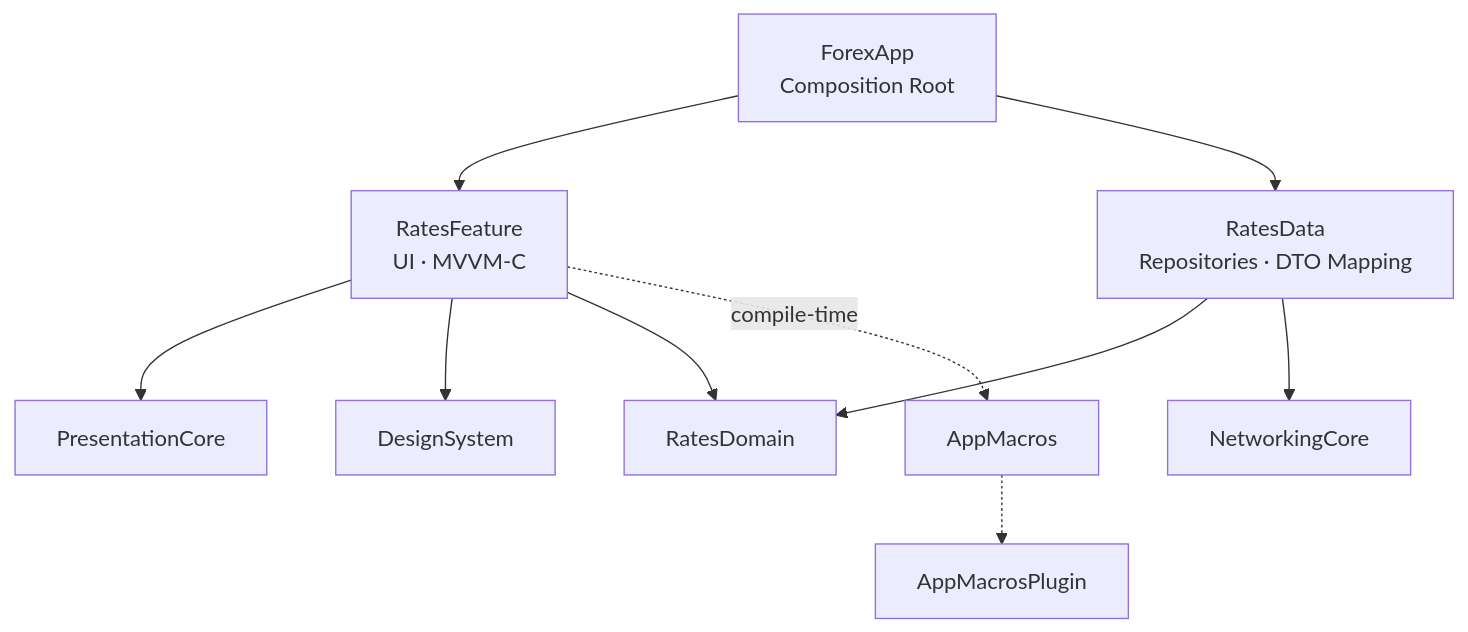
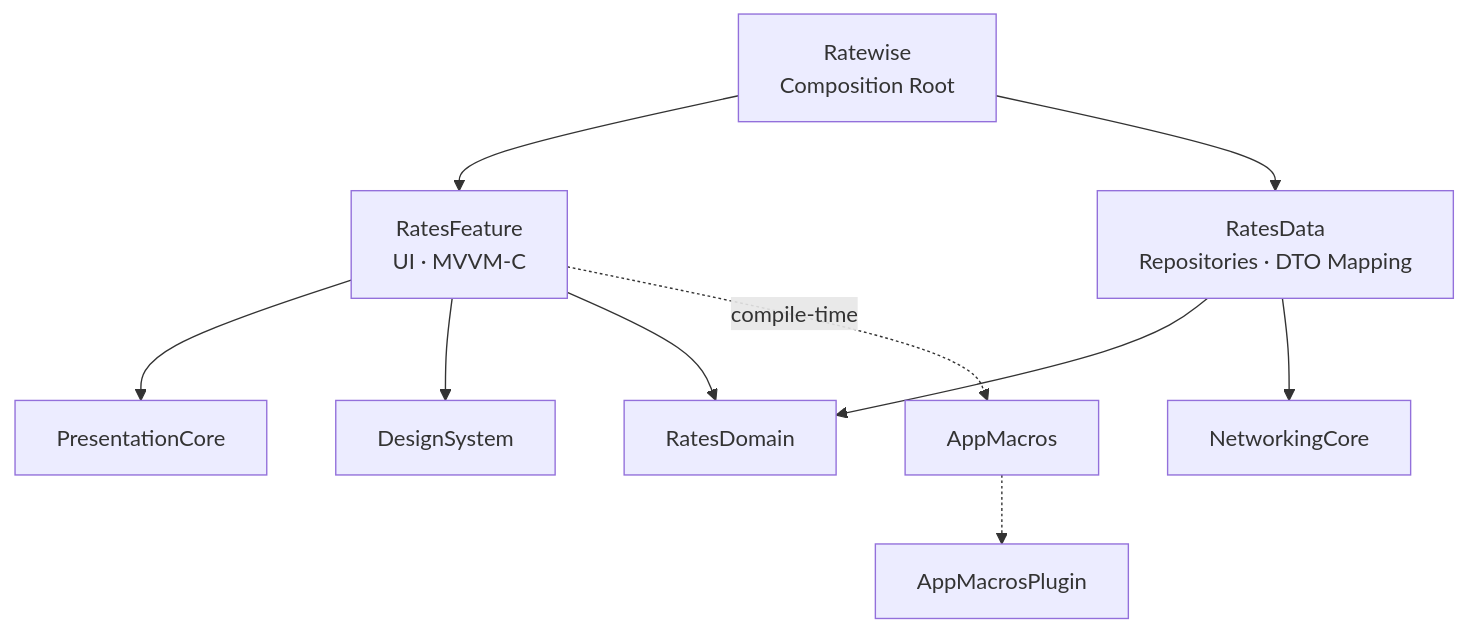
One commit to Okariuss/ForexApp changed the diagram in README.md. Above: the diagram before and after it, drawn with Mermaid. The commit also changed other lines of this file and 3 other files, not shown here.

````diff
--- a/README.md
+++ b/README.md
@@ -57,17 +57,17 @@
 ```mermaid
 flowchart TD
-    App["ForexApp<br/>Composition Root"]
+    App["Ratewise<br/>Composition Root"]
 
     App --> Feature["RatesFeature<br/>UI · MVVM-C"]
     App --> Data["RatesData<br/>Repositories · DTO Mapping"]
 
     Feature --> Presentation["PresentationCore"]
     Feature --> Design["DesignSystem"]
     Feature --> Domain["RatesDomain"]
 
     Data --> Domain
     Data --> Networking["NetworkingCore"]
 
     Feature -. "compile-time" .-> Macros["AppMacros"]
     Macros -.-> Plugin["AppMacrosPlugin"]
 ```
````
